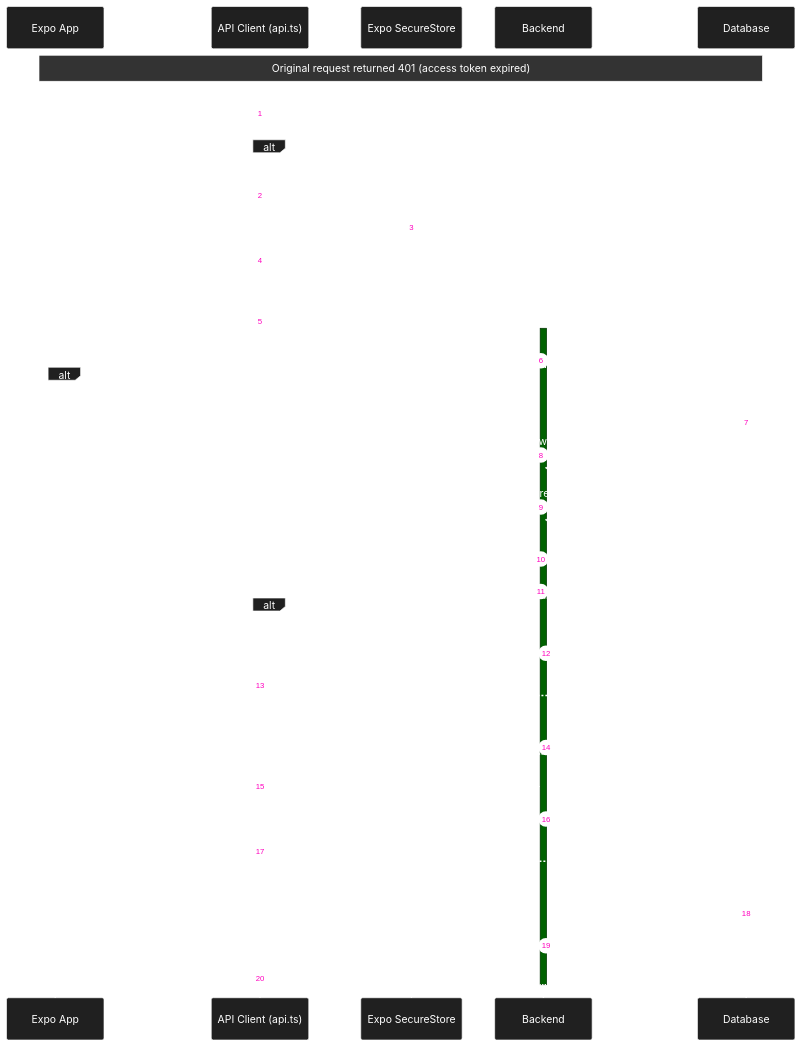
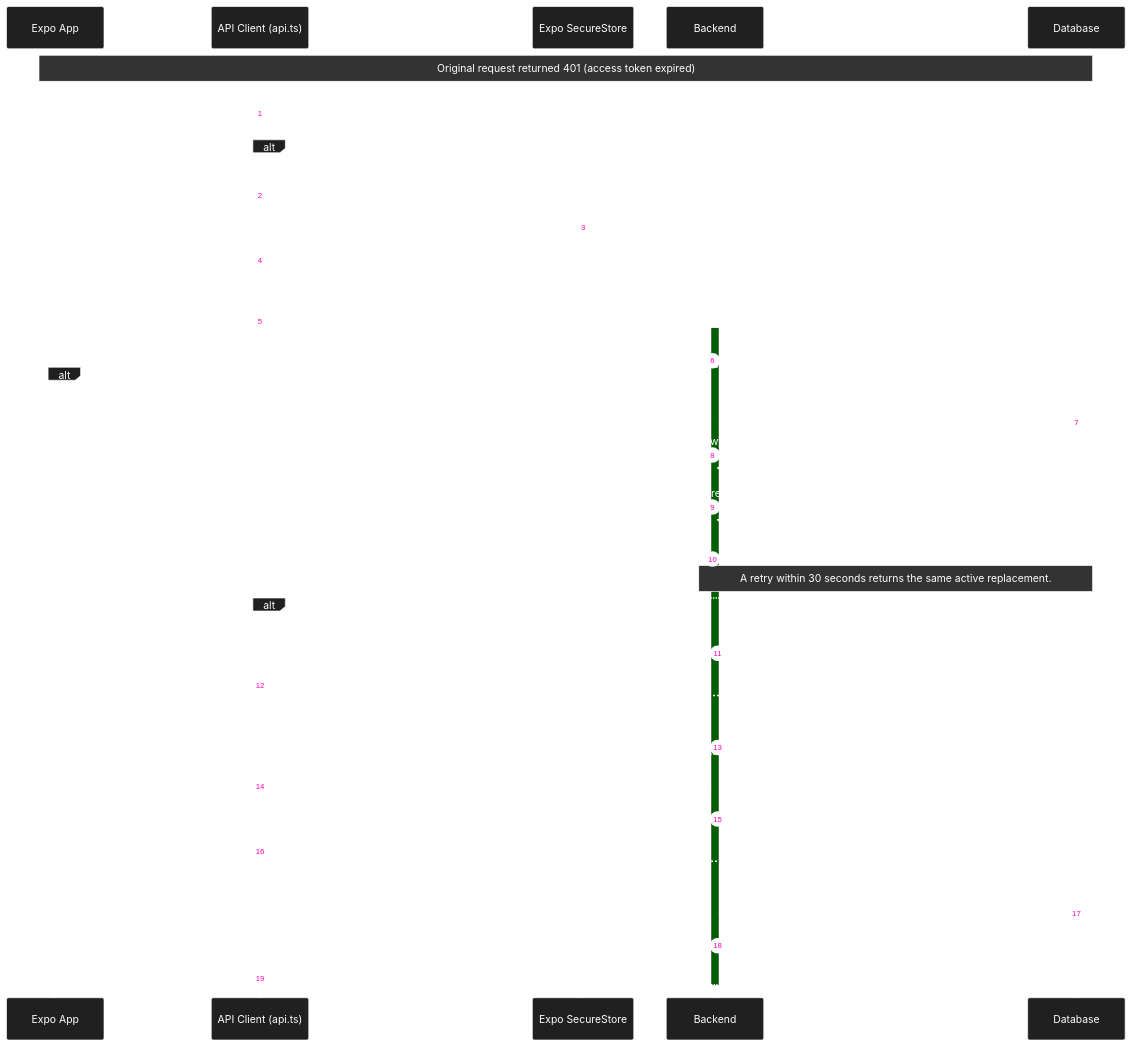
Before and after one commit to michaelgreenl/tally-tracker: the diagram in docs/diagrams/sequence/auth/token-refresh.md, drawn with Mermaid. The commit also changed other lines of this file and 36 other files, not shown here.

````diff
--- a/docs/diagrams/sequence/auth/token-refresh.md
+++ b/docs/diagrams/sequence/auth/token-refresh.md
@@ -3,66 +3,66 @@
 ```mermaid
 %%{
   init: {
     'theme': 'base',
     'themeVariables': {
       'primaryColor': '#202020',
       'primaryTextColor': '#fff',
       'primaryBorderColor': '#ffffff',
       'lineColor': '#00ff41',
       'secondaryColor': '#006100',
       'tertiaryColor': '#fff',
       'noteBkgColor': '#333',
       'noteTextColor': '#fff',
       'noteBorderColor': '#fff'
     }
   }
 }%%
 
 sequenceDiagram
     autonumber
     participant App as Expo App
     participant Client as API Client (api.ts)
     participant Storage as Expo SecureStore
     participant API as Backend
     participant DB as Database
 
     Note over App, DB: Original request returned 401 (access token expired)
 
     Client->>Client: Check Platform.OS
 
     alt isNative is TRUE (iOS/Android)
         Client->>Storage: Get 'refresh_token'
         Storage-->>Client: Returns refresh token
         Client->>API: POST /users/refresh (JSON body: refreshToken)
     else isNative is FALSE (Web)
         Client->>API: POST /users/refresh (Cookie)
     end
 
     activate API
-    API->>DB: Lookup refresh token
+    API->>DB: Lock the user and re-read the refresh token
 
     alt Token Valid
         DB-->>API: Token record found, not expired
         API->>API: Generate new access token
         API->>API: Generate new refresh token (rotation)
-        API->>DB: Invalidate old refresh token
-        API->>DB: Store new refresh token
+        API->>DB: Store replacement and mark old token rotated in one transaction
+        Note over API, DB: A retry within 30 seconds returns the same active replacement.
 
         alt isNative
             API-->>Client: 200 { accessToken, refreshToken }
-            Client->>Storage: Store both tokens
+            Client->>Storage: Store both tokens within the current session write queue
         else Web
             API-->>Client: 200 + Set-Cookie (access + refresh)
         end
 
-        Client->>API: Retry original request with new access token
+        Client->>API: Retry only if the original session is still current
         API-->>Client: 200 OK
         Client-->>App: Return response transparently
 
     else Token Expired or Invalid
         DB-->>API: Not found / expired
         API-->>Client: 401 Unauthorized
         Client-->>App: Trigger logout + redirect to login
     end
     deactivate API
 ```
````
